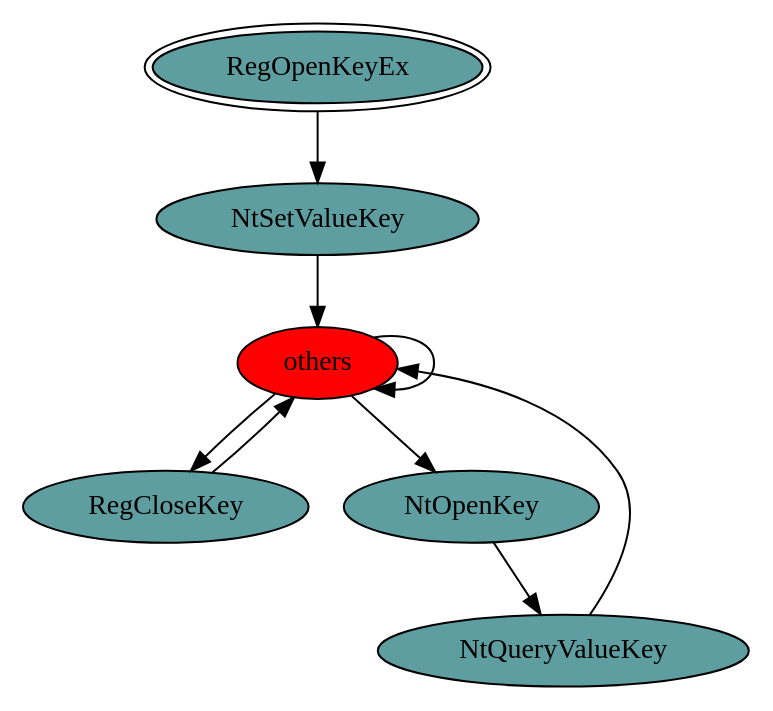
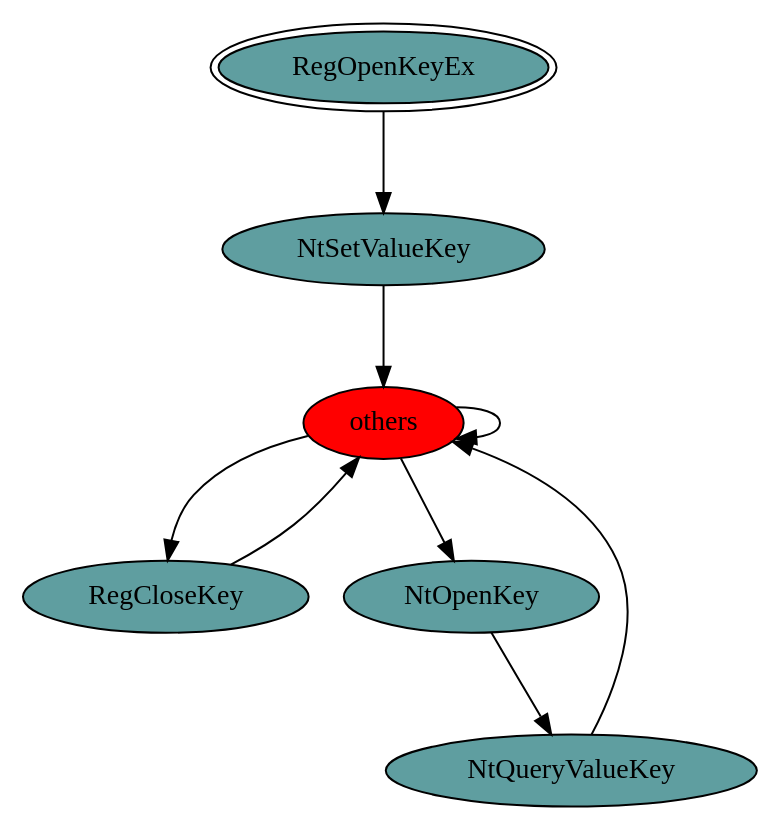
Before and after one commit to reverseame/windows-behavior-catalog: the diagram in [OC0008] Operating System/[C0036] Registry/[C0036.001] Create or Set Registry Value/gv/RegSetKeyValue.exe_5608_Registry_API_per_Category_Transition_Matrix.gv, drawn with Graphviz. The commit also changed 220 other files, not shown here.

```diff
--- a/[OC0008] Operating System/[C0036] Registry/[C0036.001] Create or Set Registry Value/gv/RegSetKeyValue.exe_5608_Registry_API_per_Category_Transition_Matrix.gv
+++ b/[OC0008] Operating System/[C0036] Registry/[C0036.001] Create or Set Registry Value/gv/RegSetKeyValue.exe_5608_Registry_API_per_Category_Transition_Matrix.gv
@@ -1,16 +1,16 @@
 digraph "./REPORTS/6729/API_PER_CATEGORY/RegSetKeyValue.exe_5608_Registry_API_per_Category_Transition_Matrix" {
 	RegOpenKeyEx [label=RegOpenKeyEx fillcolor=cadetblue peripheries=2 style=filled]
 	NtSetValueKey [label=NtSetValueKey fillcolor=cadetblue style=filled]
-	RegOpenKeyEx -> NtSetValueKey [label=""]
+	RegOpenKeyEx -> NtSetValueKey [label=1.0 fontcolor=white]
 	others [label=others fillcolor=red style=filled]
-	NtSetValueKey -> others [label=""]
-	others -> others [label=""]
+	NtSetValueKey -> others [label=1.0 fontcolor=white]
+	others -> others [label=0.9559 fontcolor=white]
 	RegCloseKey [label=RegCloseKey fillcolor=cadetblue style=filled]
-	others -> RegCloseKey [label=""]
+	others -> RegCloseKey [label=0.0147 fontcolor=white]
 	NtOpenKey [label=NtOpenKey fillcolor=cadetblue style=filled]
-	others -> NtOpenKey [label=""]
-	RegCloseKey -> others [label=""]
+	others -> NtOpenKey [label=0.0294 fontcolor=white]
+	RegCloseKey -> others [label=1.0 fontcolor=white]
 	NtQueryValueKey [label=NtQueryValueKey fillcolor=cadetblue style=filled]
-	NtOpenKey -> NtQueryValueKey [label=""]
-	NtQueryValueKey -> others [label=""]
+	NtOpenKey -> NtQueryValueKey [label=1.0 fontcolor=white]
+	NtQueryValueKey -> others [label=1.0 fontcolor=white]
 }
```
